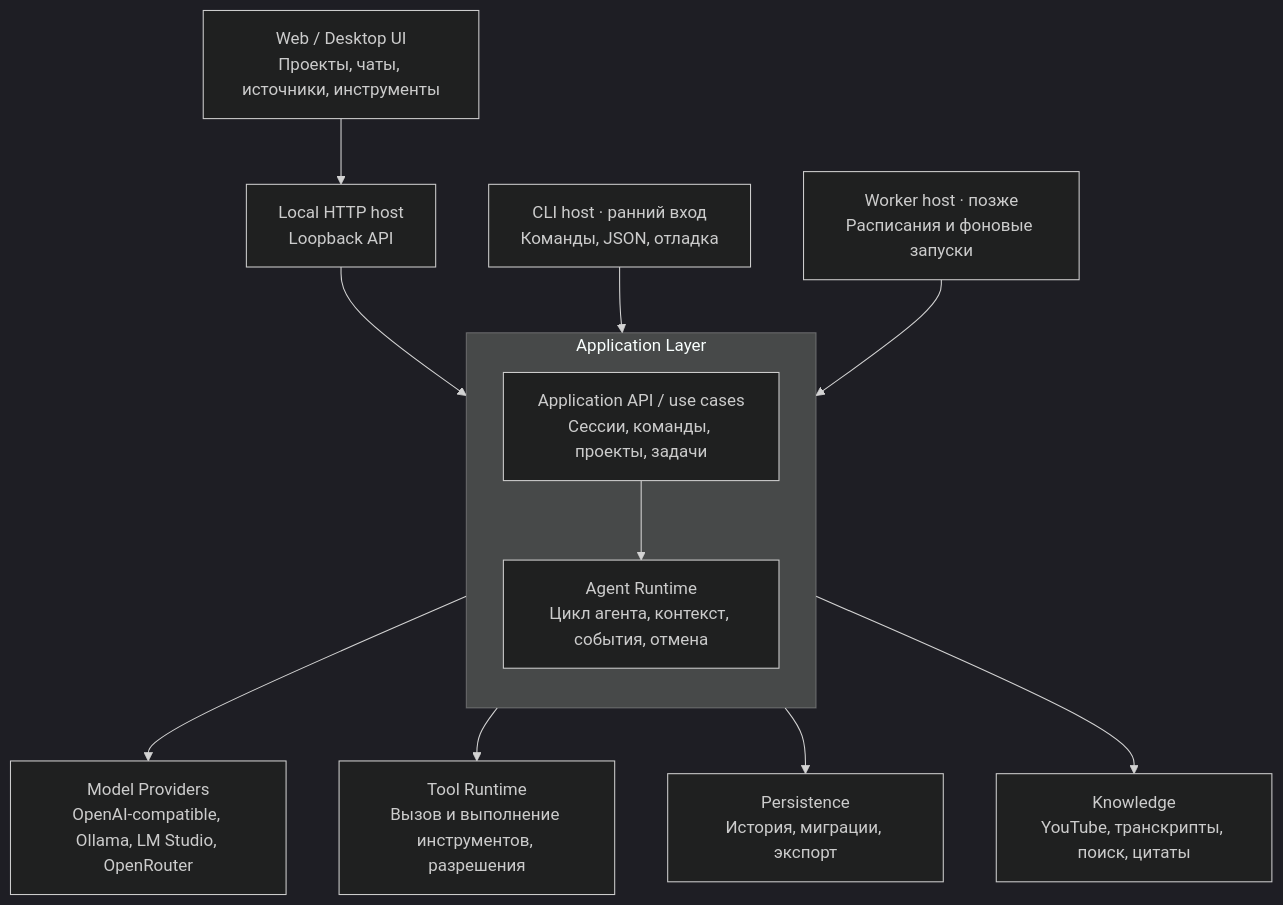
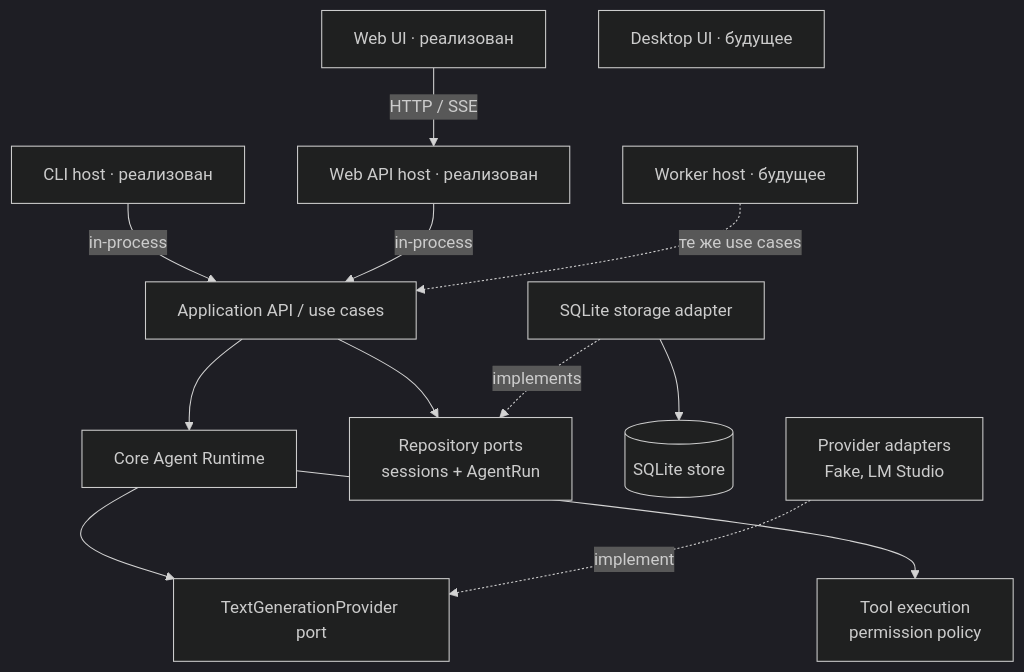
Before and after one commit to davy1ex/smysAgent: the second of 2 diagrams in docs/ARCHITECTURE.md, drawn with Mermaid (dark theme). The commit also changed other lines of this file and 5 other files, not shown here.

Commit message:
Document SQLite trajectory architecture

````diff
--- a/docs/ARCHITECTURE.md
+++ b/docs/ARCHITECTURE.md
@@ -29,18 +54,15 @@
 ```mermaid
 flowchart TB
-  UI["Web / Desktop UI<br/>Проекты, чаты, источники, инструменты"]
-  subgraph APP_LAYER[Application Layer]
-    direction TB
-    APP["Application API / use cases<br/>Сессии, команды, проекты, задачи"]
-    CORE["Agent Runtime<br/>Цикл агента, контекст, события, отмена"]
-    APP --> CORE
-  end
-  WEBHOST["Local HTTP host<br/>Loopback API"]
-  UI --> WEBHOST --> APP
-  CLI["CLI host · ранний вход<br/>Команды, JSON, отладка"] --> APP
-  WORKER["Worker host · позже<br/>Расписания и фоновые запуски"] --> APP
-  CORE --> PROVIDERS["Model Providers<br/>OpenAI-compatible, Ollama, LM Studio, OpenRouter"]
-  CORE --> TOOLS["Tool Runtime<br/>Вызов и выполнение инструментов, разрешения"]
-  CORE --> STORAGE["Persistence<br/>История, миграции, экспорт"]
-  CORE --> KNOWLEDGE["Knowledge<br/>YouTube, транскрипты, поиск, цитаты"]
+  WEBUI["Web UI · реализован"] -->|"HTTP / SSE"| WEBHOST["Web API host · реализован"]
+  CLI["CLI host · реализован"] -->|"in-process"| APP
+  WEBHOST -->|"in-process"| APP["Application API / use cases"]
+  WORKER["Worker host · будущее"] -. "те же use cases" .-> APP
+  APP --> CORE["Core Agent Runtime"]
+  APP --> PORT["Repository ports<br/>sessions + AgentRun"]
+  SQLITE_ADAPTER["SQLite storage adapter"] -. "implements" .-> PORT
+  SQLITE_ADAPTER --> SQLITE[("SQLite store")]
+  CORE --> PROVIDER_PORT["TextGenerationProvider port"]
+  PROVIDERS["Provider adapters<br/>Fake, LM Studio"] -. "implement" .-> PROVIDER_PORT
+  CORE --> TOOLS["Tool execution<br/>permission policy"]
+  DESKTOP["Desktop UI · будущее"]
 ```
````
